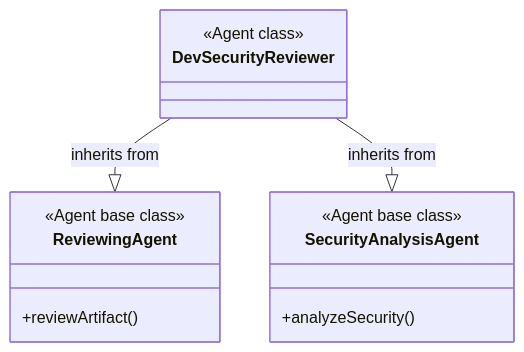
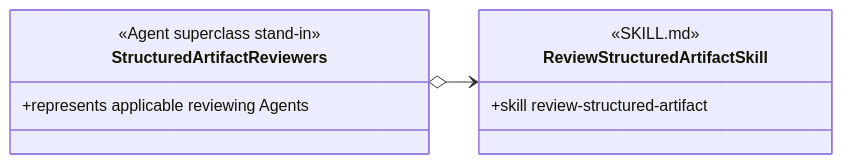
Before and after one commit to martinbechard/dev-methodology: diagram 11 of 11 in design/object-oriented-agent-and-skill-model.md, drawn with Mermaid. The commit also changed other lines of this file and 2 other files, not shown here.

Commit message:
Simplify diagram reference conventions

````diff
--- a/design/object-oriented-agent-and-skill-model.md
+++ b/design/object-oriented-agent-and-skill-model.md
@@ -663,21 +562,17 @@
 ```mermaid
 classDiagram
-    direction TB
+    direction LR
 
-    class ReviewingAgent {
-        <<Agent base class>>
-        +reviewArtifact()
+    class StructuredArtifactReviewers {
+        <<Agent superclass stand-in>>
+        +represents applicable reviewing Agents
     }
 
-    class SecurityAnalysisAgent {
-        <<Agent base class>>
-        +analyzeSecurity()
+    class ReviewStructuredArtifactSkill {
+        <<SKILL.md>>
+        <<Agent Skill>>
+        +skill review-structured-artifact
     }
 
-    class DevSecurityReviewer {
-        <<Agent class>>
-    }
-
-    DevSecurityReviewer --|> ReviewingAgent : inherits from
-    DevSecurityReviewer --|> SecurityAnalysisAgent : inherits from
+    StructuredArtifactReviewers o--> ReviewStructuredArtifactSkill
 ```
````
